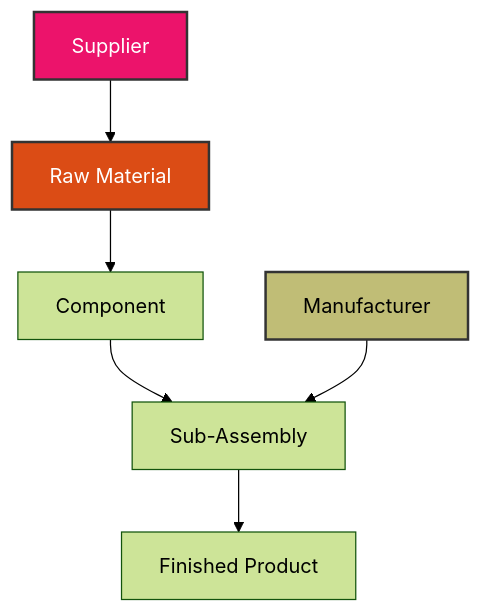
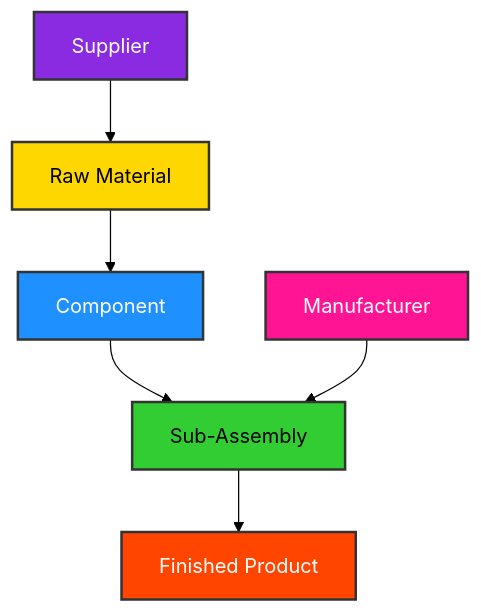
Before and after one commit to ikko/sym: the second of 2 diagrams in docs/readme_details/1_symbol_fundamental_building_block/index.md, drawn with Mermaid (forest theme). The commit also changed other lines of this file and 10 other files, not shown here.

````diff
--- a/docs/readme_details/1_symbol_fundamental_building_block/index.md
+++ b/docs/readme_details/1_symbol_fundamental_building_block/index.md
@@ -45,13 +47,15 @@
 ```mermaid
 graph TD
     A[Raw Material] --> B[Component];
     B --> C[Sub-Assembly];
     C --> D[Finished Product];
     E[Supplier] --> A;
     F[Manufacturer] --> C;
-    style F fill:#c0bd76,stroke:#333,stroke-width:2px,color:#000000;
 
-    style A fill:#db4c15,stroke:#333,stroke-width:2px,color:#FFFFFF;
-    style E fill:#ec136b,stroke:#333,stroke-width:2px,color:#FFFFFF;
-    style F fill:#c0bd76,stroke:#333,stroke-width:2px,color:#000000;
+    style A fill:#FFD700,stroke:#333,stroke-width:2px,color:#000000;
+    style B fill:#1E90FF,stroke:#333,stroke-width:2px,color:#FFFFFF;
+    style C fill:#32CD32,stroke:#333,stroke-width:2px,color:#000000;
+    style D fill:#FF4500,stroke:#333,stroke-width:2px,color:#FFFFFF;
+    style E fill:#8A2BE2,stroke:#333,stroke-width:2px,color:#FFFFFF;
+    style F fill:#FF1493,stroke:#333,stroke-width:2px,color:#FFFFFF;
 ```
````
